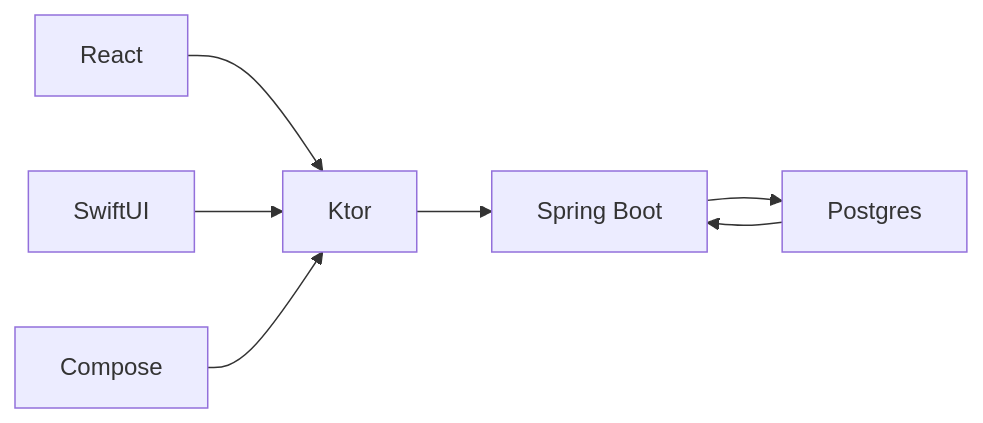
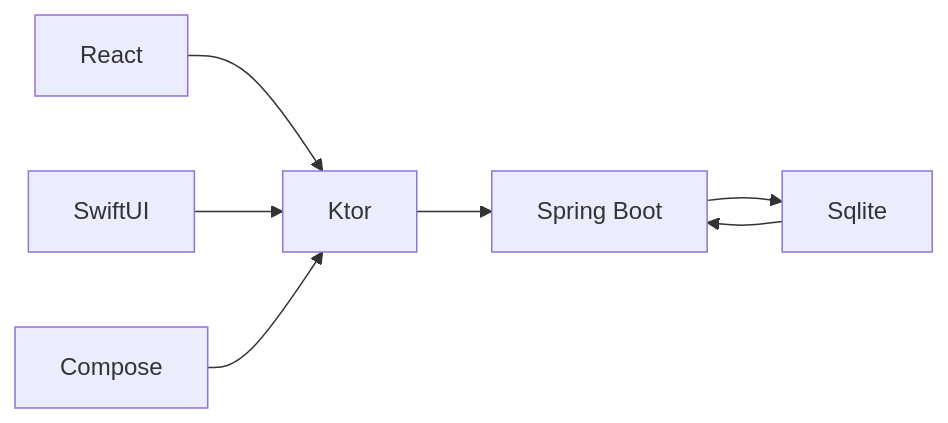
The first of 4 diagrams in README.md (JH108/TicTacToe), drawn with Mermaid before and after one commit. The commit also changed other lines of this file and 1 other file, not shown here.

````diff
--- a/README.md
+++ b/README.md
@@ -10,9 +21,9 @@
 ```mermaid
 graph LR
     A[React] --> B[Ktor]
     C[SwiftUI] --> B
     D[Compose] --> B
     B --> F[Spring Boot]
-    F --> G[Postgres]
+    F --> G[Sqlite]
     G --> F
 ```
````
